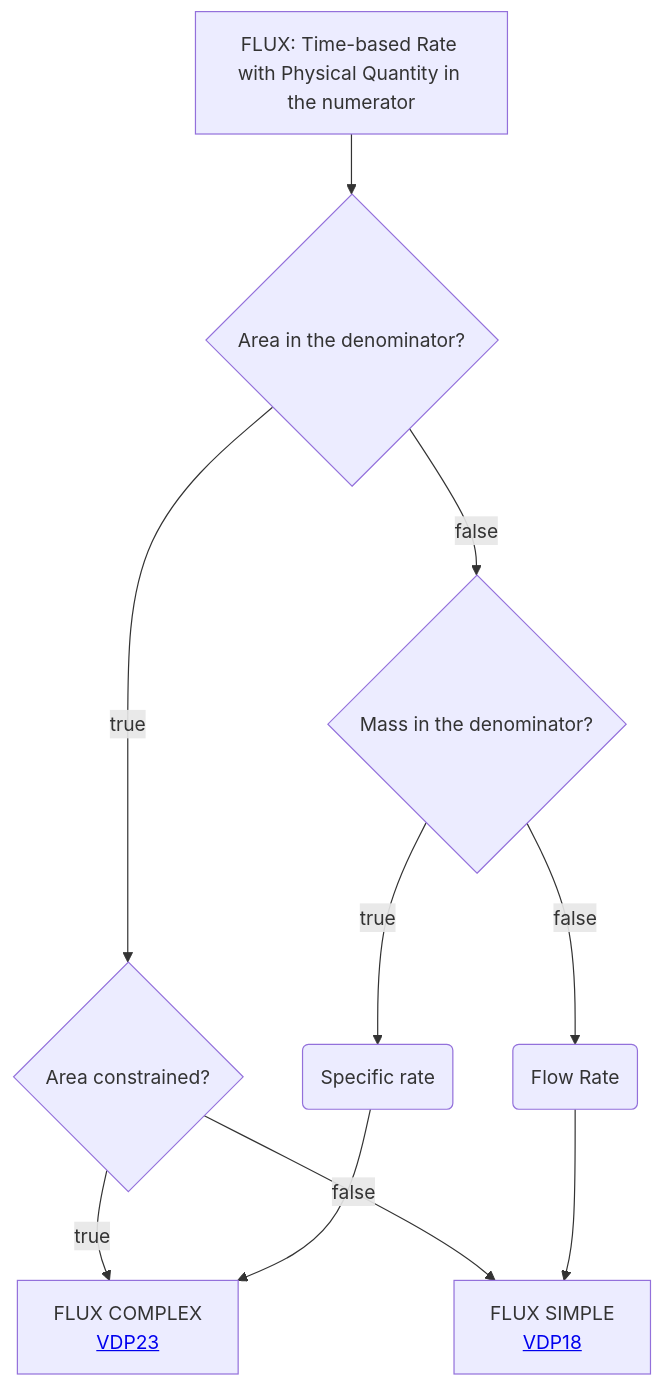
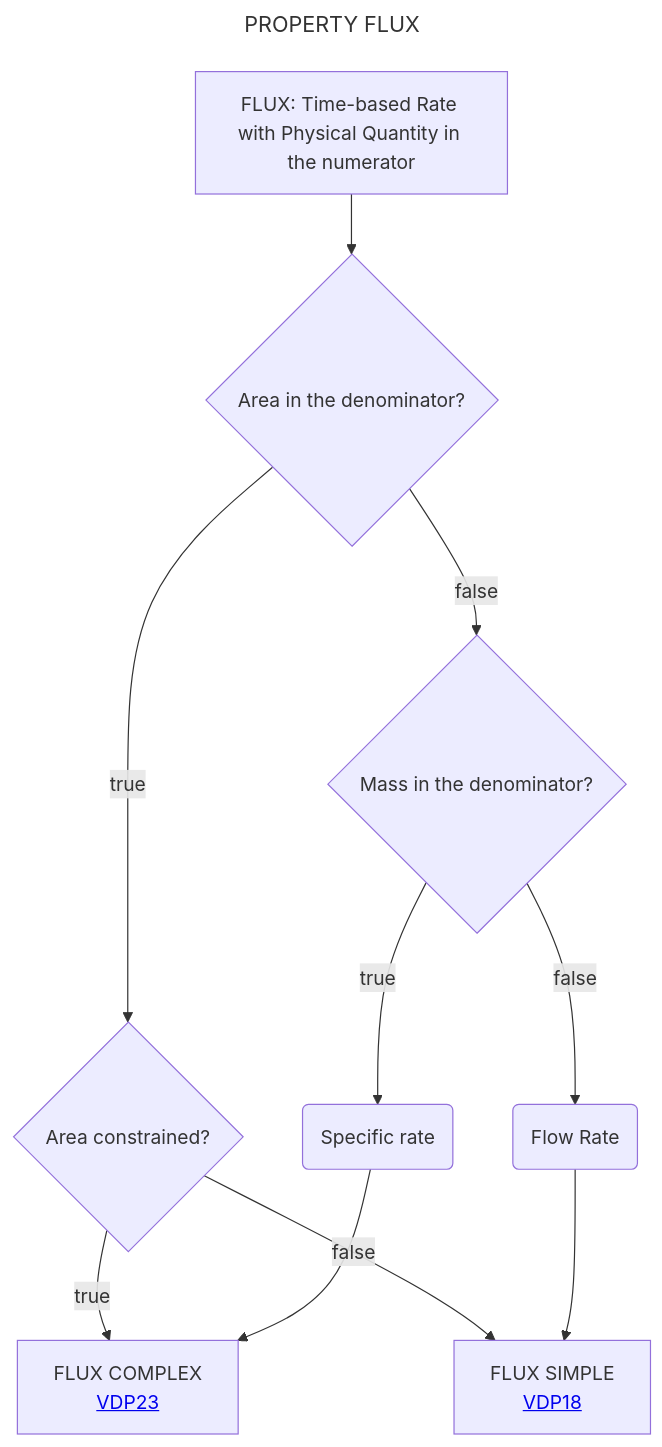
One commit to mabablue/I-ADOPT-patterns-playground changed the diagram in Decisition_trees/DT3.mmd. Above: the diagram before and after it, drawn with Mermaid.

```diff
--- a/Decisition_trees/DT3.mmd
+++ b/Decisition_trees/DT3.mmd
@@ -1,10 +1,13 @@
+---
+title: PROPERTY FLUX
+---
 flowchart TD
     A[FLUX: Time-based Rate with Physical Quantity in the numerator] --> E{Area in the denominator?}
     E --> |true|F{Area constrained?}
     E --> |false|K{Mass in the denominator?} 
     F --> |true|G[FLUX COMPLEX <br> <a href='https://github.com/mabablue/I-ADOPT-patterns-playground/blob/main/pattern/VDP23.yaml'>VDP23</a>]
     F --> |false|H[FLUX SIMPLE <br> <a href='https://github.com/mabablue/I-ADOPT-patterns-playground/blob/main/pattern/VDP18.yaml'>VDP18</a>]
     K --> |true|L(Specific rate)
     L --> G
     K --> |false|M(Flow Rate)
     M --> H
```
